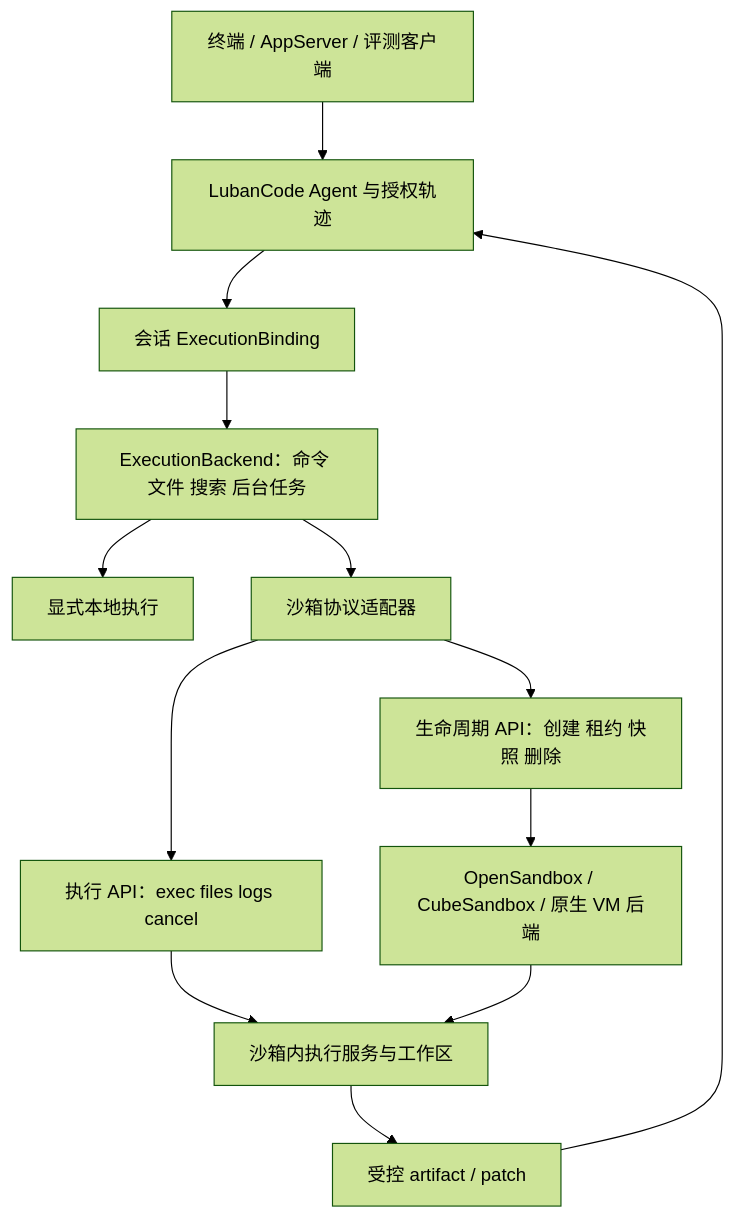
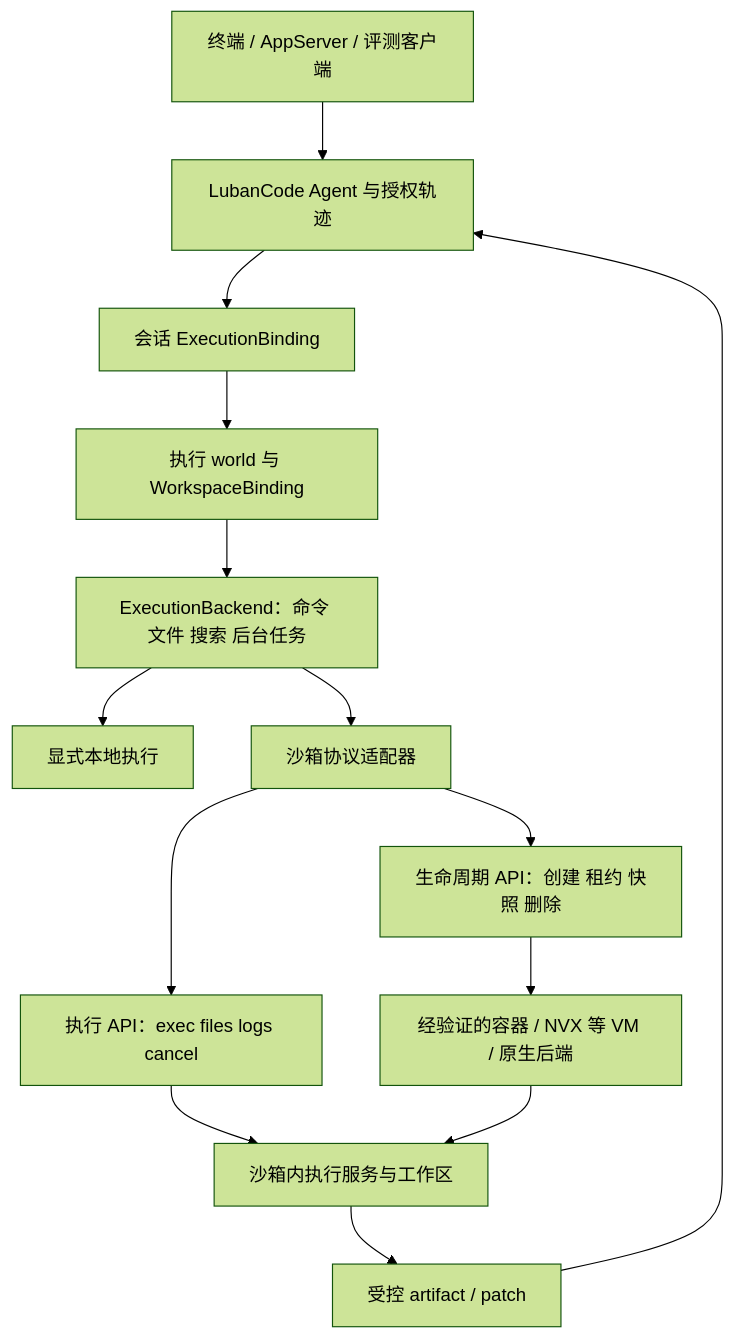
Before and after one commit to relic-yuexi/LubanCode: the diagram in docs/architecture/sandbox-platform-design.md, drawn with Mermaid (forest theme). The commit also changed other lines of this file and 1 other file, not shown here.

Commit message:
docs: ground sandbox execution design in Boxed and NVX sources

````diff
--- a/docs/architecture/sandbox-platform-design.md
+++ b/docs/architecture/sandbox-platform-design.md
@@ -39,15 +42,16 @@
 ```mermaid
 flowchart TD
     UI[终端 / AppServer / 评测客户端] --> LC[LubanCode Agent 与授权轨迹]
     LC --> B[会话 ExecutionBinding]
-    B --> E[ExecutionBackend：命令 文件 搜索 后台任务]
+    B --> W[执行 world 与 WorkspaceBinding]
+    W --> E[ExecutionBackend：命令 文件 搜索 后台任务]
     E --> LOCAL[显式本地执行]
     E --> REMOTE[沙箱协议适配器]
     REMOTE --> CP[生命周期 API：创建 租约 快照 删除]
     REMOTE --> DP[执行 API：exec files logs cancel]
-    CP --> RT[OpenSandbox / CubeSandbox / 原生 VM 后端]
+    CP --> RT[经验证的容器 / NVX 等 VM / 原生后端]
     DP --> G[沙箱内执行服务与工作区]
     RT --> G
     G --> OUT[受控 artifact / patch]
     OUT --> LC
 ```
````
